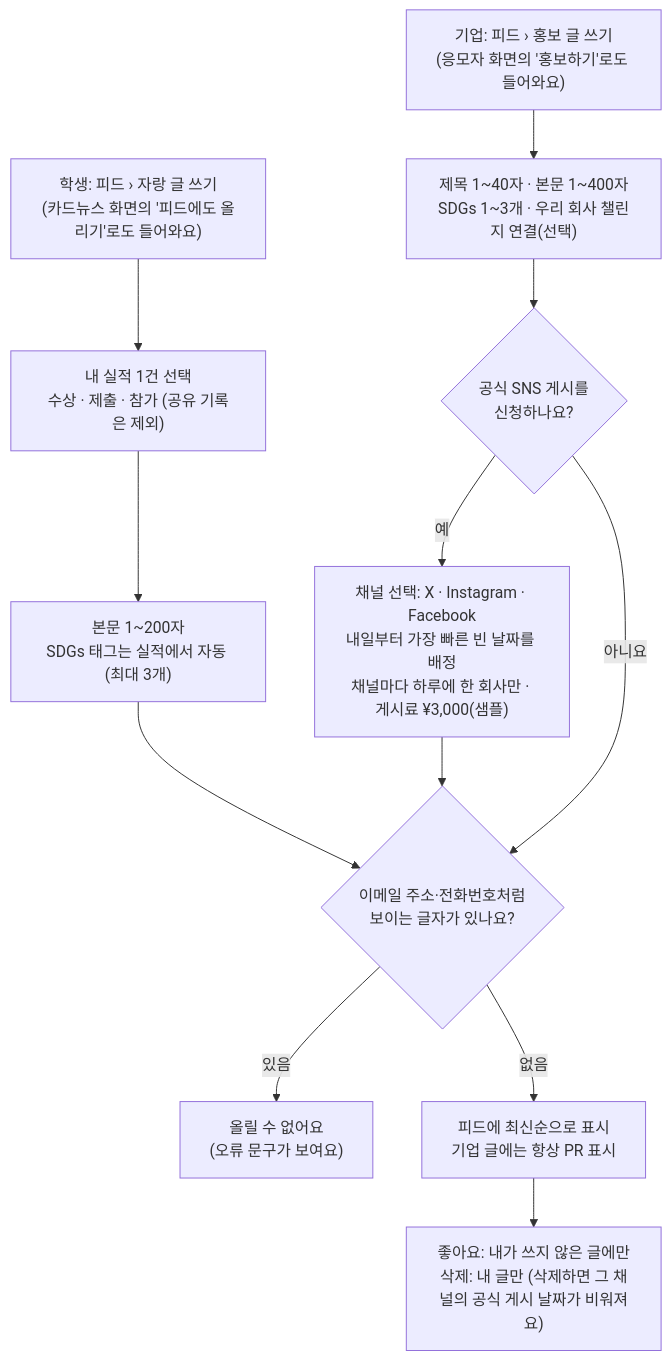
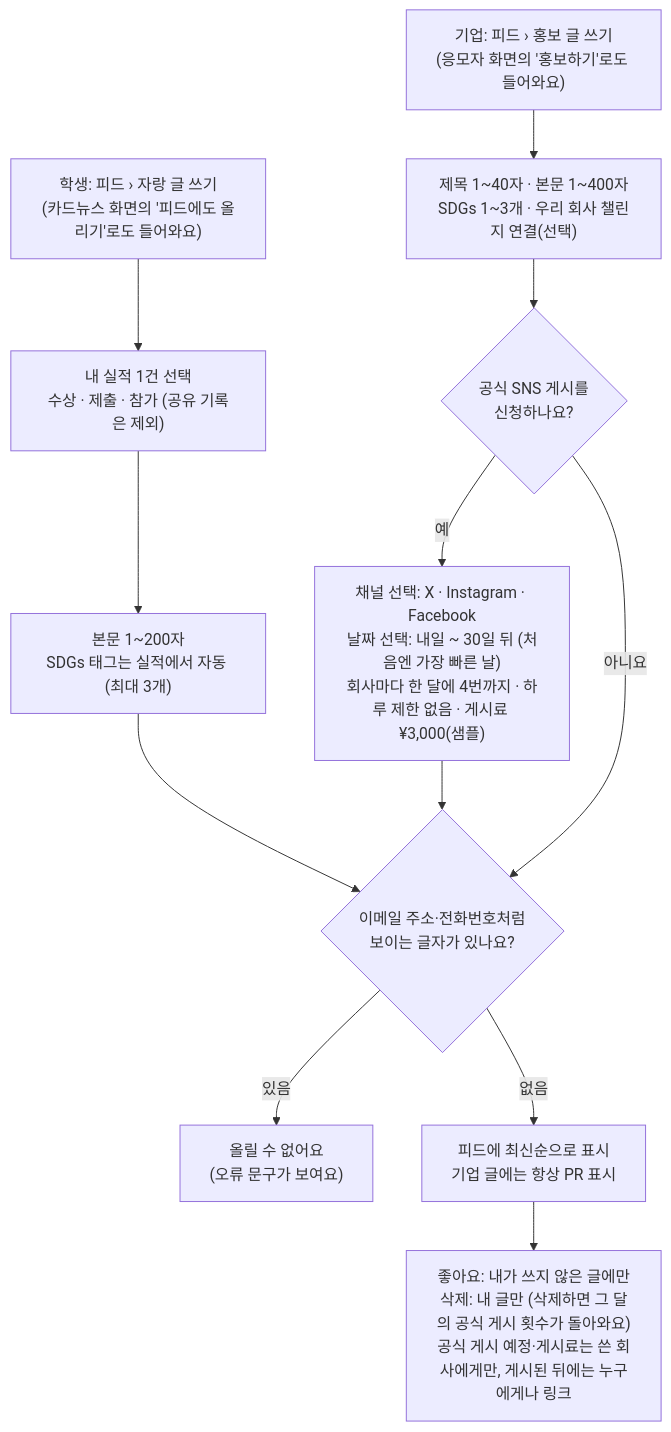
One commit to atome9797/sdgs-compass changed the eighth of 18 diagrams in README.md. Above: the diagram before and after it, drawn with Mermaid. The commit also changed other lines of this file, not shown here.

First line of the commit message:
docs(readme): 공식 SNS 게시 — 회사당 월 4회 · 날짜는 기업이 선택, 예정·게시료는 쓴 기업에게만 — 기능 소개·시연 순서·흐름도·목업 설명·DB 규칙 (#31 #32)

````diff
--- a/README.md
+++ b/README.md
@@ -336,14 +336,14 @@
 ```mermaid
 flowchart TD
   s1["학생: 피드 › 자랑 글 쓰기<br/>(카드뉴스 화면의 '피드에도 올리기'로도 들어와요)"] --> s2["내 실적 1건 선택<br/>수상 · 제출 · 참가 (공유 기록은 제외)"]
   s2 --> s3["본문 1~200자<br/>SDGs 태그는 실적에서 자동 (최대 3개)"]
   c1["기업: 피드 › 홍보 글 쓰기<br/>(응모자 화면의 '홍보하기'로도 들어와요)"] --> c2["제목 1~40자 · 본문 1~400자<br/>SDGs 1~3개 · 우리 회사 챌린지 연결(선택)"]
   c2 --> c3{"공식 SNS 게시를<br/>신청하나요?"}
-  c3 -- "예" --> c4["채널 선택: X · Instagram · Facebook<br/>내일부터 가장 빠른 빈 날짜를 배정<br/>채널마다 하루에 한 회사만 · 게시료 ¥3,000(샘플)"]
+  c3 -- "예" --> c4["채널 선택: X · Instagram · Facebook<br/>날짜 선택: 내일 ~ 30일 뒤 (처음엔 가장 빠른 날)<br/>회사마다 한 달에 4번까지 · 하루 제한 없음 · 게시료 ¥3,000(샘플)"]
   c3 -- "아니요" --> v
   s3 --> v{"이메일 주소·전화번호처럼<br/>보이는 글자가 있나요?"}
   c4 --> v
   v -- "있음" --> x["올릴 수 없어요<br/>(오류 문구가 보여요)"]
   v -- "없음" --> p["피드에 최신순으로 표시<br/>기업 글에는 항상 PR 표시"]
-  p --> l["좋아요: 내가 쓰지 않은 글에만<br/>삭제: 내 글만 (삭제하면 그 채널의 공식 게시 날짜가 비워져요)"]
+  p --> l["좋아요: 내가 쓰지 않은 글에만<br/>삭제: 내 글만 (삭제하면 그 달의 공식 게시 횟수가 돌아와요)<br/>공식 게시 예정·게시료는 쓴 회사에게만, 게시된 뒤에는 누구에게나 링크"]
 ```
````
